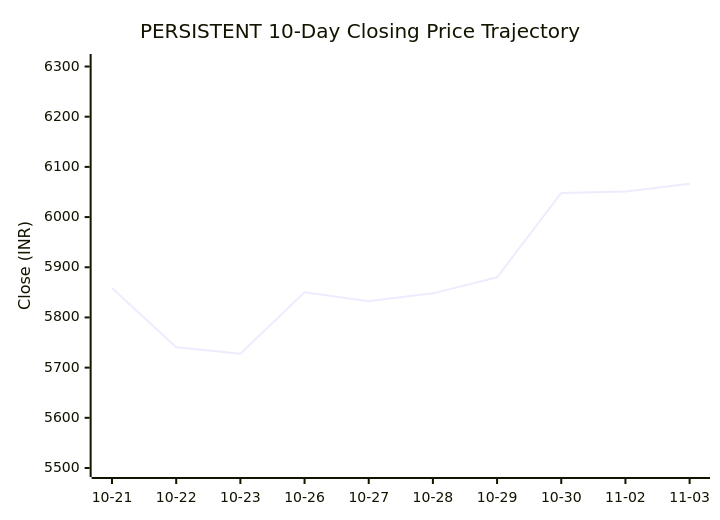
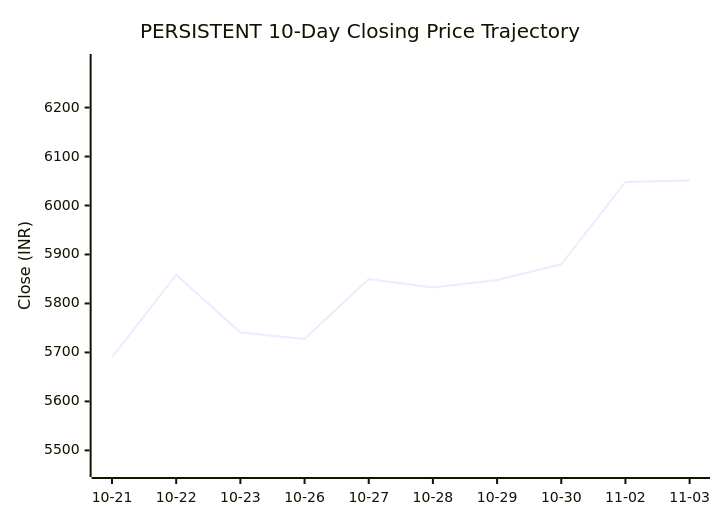
Before and after one commit to purnareddy9/dev: the first of 2 diagrams in market-intelligence/stocks/PERSISTENT/history/2026-11-03.md, drawn with Mermaid. The commit also changed other lines of this file and 4 other files, not shown here.

````diff
--- a/market-intelligence/stocks/PERSISTENT/history/2026-11-03.md
+++ b/market-intelligence/stocks/PERSISTENT/history/2026-11-03.md
@@ -43,7 +43,7 @@
 ```mermaid
 xychart-beta
     title "PERSISTENT 10-Day Closing Price Trajectory"
     x-axis ["10-21", "10-22", "10-23", "10-26", "10-27", "10-28", "10-29", "10-30", "11-02", "11-03"]
-    y-axis "Close (INR)" 5498 --> 6309
-    line [5858.5, 5740.5, 5727.5, 5850.0, 5832.5, 5848.0, 5880.0, 6048.0, 6051.0, 6066.5]
+    y-axis "Close (INR)" 5462 --> 6293
+    line [5690.0, 5858.5, 5740.5, 5727.5, 5850.0, 5832.5, 5848.0, 5880.0, 6048.0, 6051.0]
 ```
````
